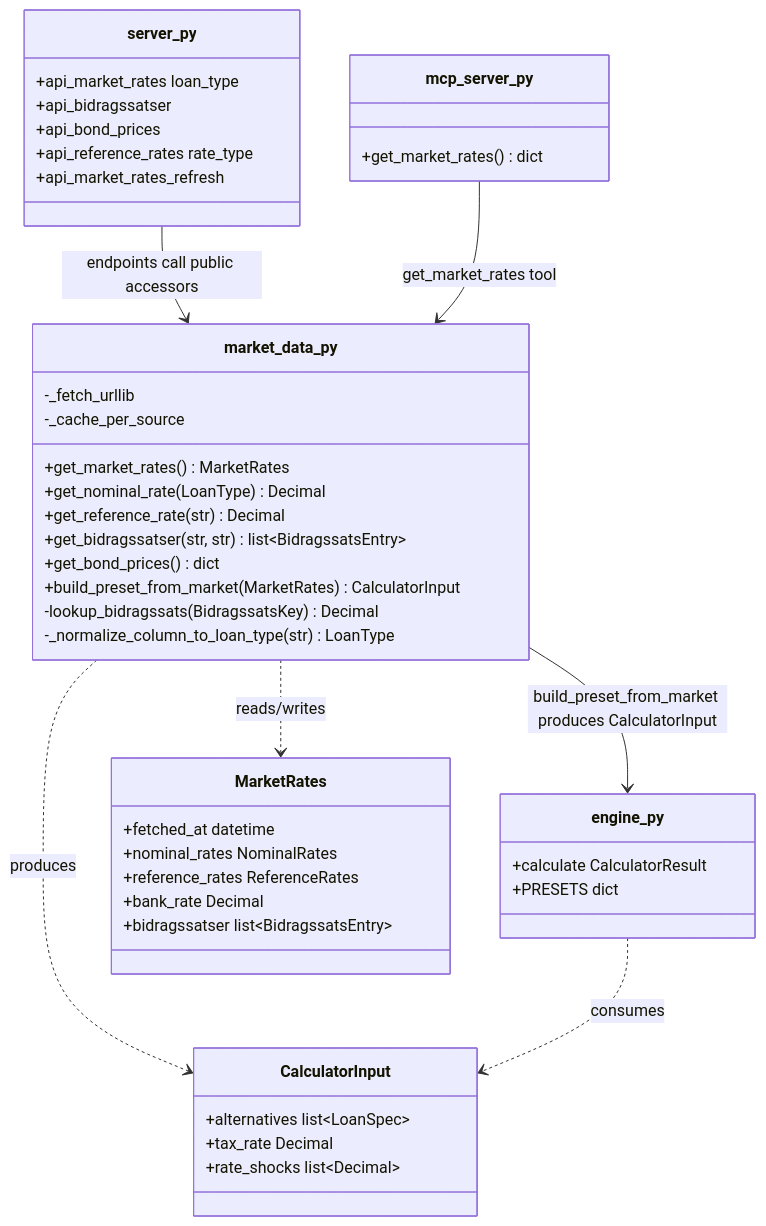
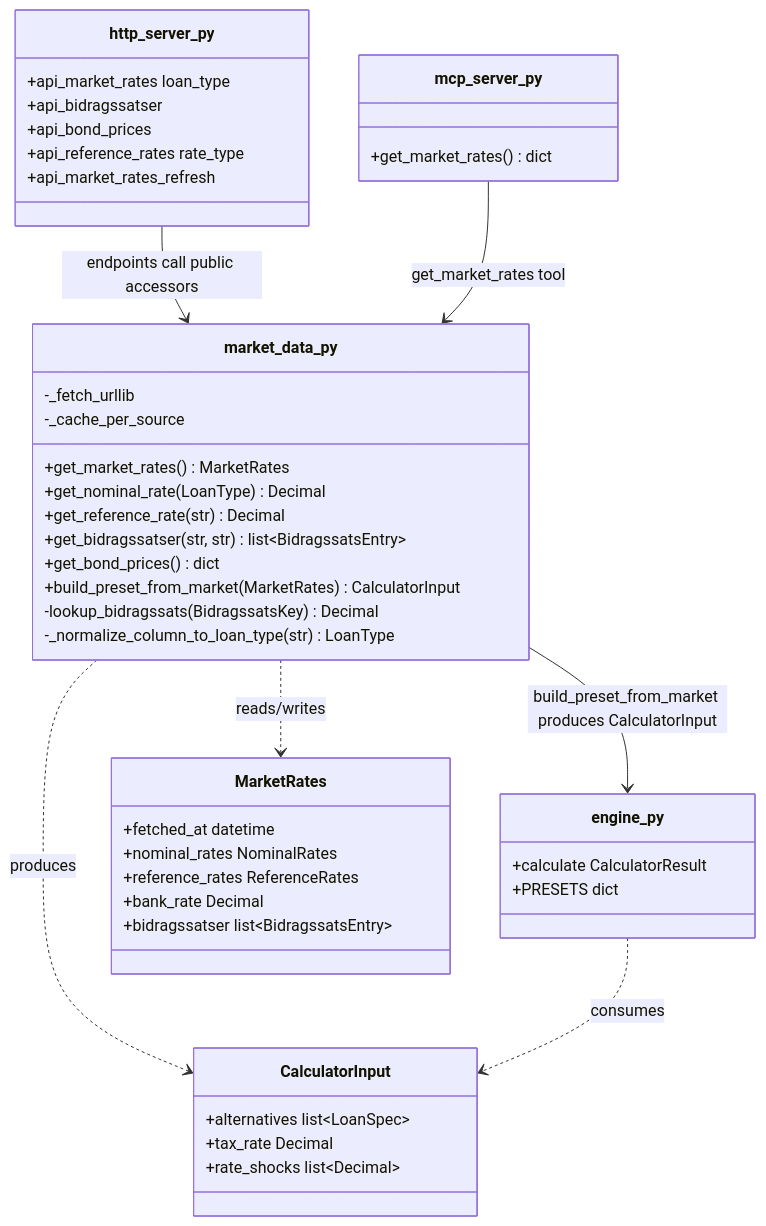
One commit to JakobHavtorn/boligregner-os changed the diagram in docs/2026-10-05-implementation-plan.md. Above: the diagram before and after it, drawn with Mermaid.

Commit message:
docs: fix server_py → http_server_py in mermaid diagram (#30)

````diff
--- a/docs/2026-10-05-implementation-plan.md
+++ b/docs/2026-10-05-implementation-plan.md
@@ -18,55 +18,55 @@
 ```mermaid
 classDiagram
     direction TB
 
-    class server_py {
+    class http_server_py {
         +api_market_rates loan_type
         +api_bidragssatser
         +api_bond_prices
         +api_reference_rates rate_type
         +api_market_rates_refresh
     }
 
     class market_data_py {
         +get_market_rates() MarketRates
         +get_nominal_rate(LoanType) Decimal
         +get_reference_rate(str) Decimal
         +get_bidragssatser(str, str) list~BidragssatsEntry~
         +get_bond_prices() dict
         +build_preset_from_market(MarketRates) CalculatorInput
         -_fetch_urllib
         -_cache_per_source
         -lookup_bidragssats(BidragssatsKey) Decimal
         -_normalize_column_to_loan_type(str) LoanType
     }
 
     class mcp_server_py {
         +get_market_rates() dict
     }
 
     class engine_py {
         +calculate CalculatorResult
         +PRESETS dict
     }
 
     class MarketRates {
         +fetched_at datetime
         +nominal_rates NominalRates
         +reference_rates ReferenceRates
         +bank_rate Decimal
         +bidragssatser list~BidragssatsEntry~
     }
 
     class CalculatorInput {
         +alternatives list~LoanSpec~
         +tax_rate Decimal
         +rate_shocks list~Decimal~
     }
 
-    server_py --> market_data_py : endpoints call public accessors
+    http_server_py --> market_data_py : endpoints call public accessors
     mcp_server_py --> market_data_py : get_market_rates tool
     market_data_py --> engine_py : build_preset_from_market produces CalculatorInput
     market_data_py ..> MarketRates : reads/writes
     market_data_py ..> CalculatorInput : produces
     engine_py ..> CalculatorInput : consumes
 ```
````
